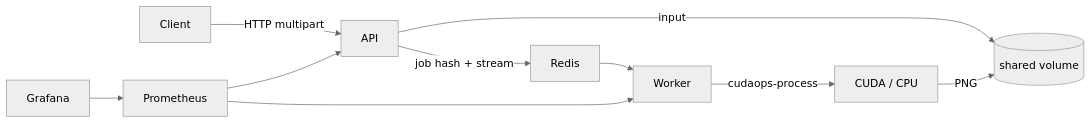
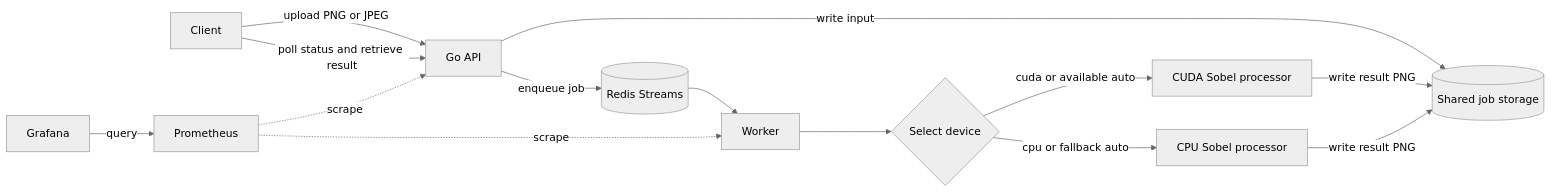
One commit to dericsanandres/cudaops-platform changed the diagram in README.md. Above: the diagram before and after it, drawn with Mermaid (neutral theme). The commit also changed other lines of this file and 2 other files, not shown here.

Commit message:
docs(readme): present CUDA learning lab

````diff
--- a/README.md
+++ b/README.md
@@ -7,12 +40,16 @@
 ```mermaid
 flowchart LR
-  Client -->|HTTP multipart| API
-  API -->|job hash + stream| Redis
-  API -->|input| Volume[(shared volume)]
-  Redis --> Worker
-  Worker -->|cudaops-process| GPU[CUDA / CPU]
-  GPU -->|PNG| Volume
-  Prometheus --> API
-  Prometheus --> Worker
-  Grafana --> Prometheus
+  Client[Client] -->|upload PNG or JPEG| API[Go API]
+  API -->|write input| Storage[(Shared job storage)]
+  API -->|enqueue job| Redis[(Redis Streams)]
+  Redis --> Worker[Worker]
+  Worker --> Select{Select device}
+  Select -->|cuda or available auto| CUDA[CUDA Sobel processor]
+  Select -->|cpu or fallback auto| CPU[CPU Sobel processor]
+  CUDA -->|write result PNG| Storage
+  CPU -->|write result PNG| Storage
+  Client -->|poll status and retrieve result| API
+  Prometheus[Prometheus] -.->|scrape| API
+  Prometheus -.->|scrape| Worker
+  Grafana[Grafana] -->|query| Prometheus
 ```
````
